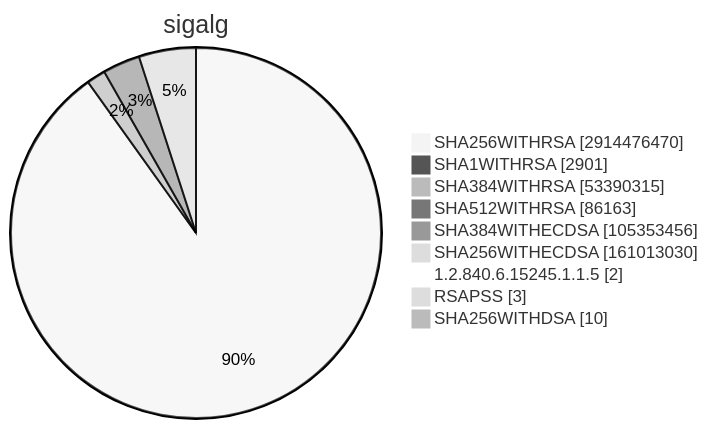
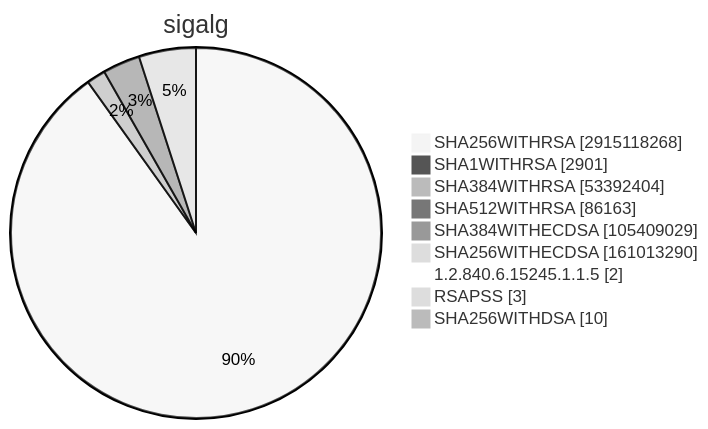
Diagram 15 of 15 in TOTAL/README.md (christiankrug/ctmonitor_visualization), drawn with Mermaid (neutral theme) before and after one commit. The commit also changed other lines of this file, not shown here.

````diff
--- a/TOTAL/README.md
+++ b/TOTAL/README.md
@@ -6207,13 +6207,13 @@
 ```mermaid
 pie showData
 title sigalg
-"SHA256WITHRSA" :2914476470
+"SHA256WITHRSA" :2915118268
 "SHA1WITHRSA" :2901
-"SHA384WITHRSA" :53390315
+"SHA384WITHRSA" :53392404
 "SHA512WITHRSA" :86163
-"SHA384WITHECDSA" :105353456
-"SHA256WITHECDSA" :161013030
+"SHA384WITHECDSA" :105409029
+"SHA256WITHECDSA" :161013290
 "1.2.840.6.15245.1.1.5" :2
 "RSAPSS" :3
 "SHA256WITHDSA" :10
 ```
````
